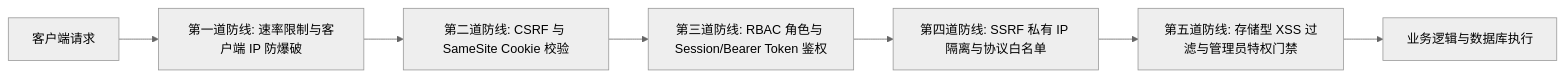
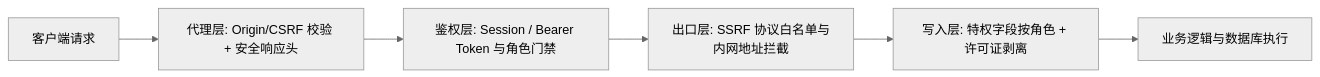
Before and after one commit to timorpic/Navelix: the diagram in wiki/Security-安全机制与运维规范.md, drawn with Mermaid (neutral theme). The commit also changed other lines of this file and 1 other file, not shown here.

````diff
--- a/wiki/Security-安全机制与运维规范.md
+++ b/wiki/Security-安全机制与运维规范.md
@@ -9,9 +9,8 @@
 ```mermaid
 graph LR
-    Req["客户端请求"] --> L1["第一道防线: 速率限制与客户端 IP 防爆破"]
-    L1 --> L2["第二道防线: CSRF 与 SameSite Cookie 校验"]
-    L2 --> L3["第三道防线: RBAC 角色与 Session/Bearer Token 鉴权"]
-    L3 --> L4["第四道防线: SSRF 私有 IP 隔离与协议白名单"]
-    L4 --> L5["第五道防线: 存储型 XSS 过滤与管理员特权门禁"]
-    L5 --> Server["业务逻辑与数据库执行"]
+    Req["客户端请求"] --> L1["代理层: Origin/CSRF 校验 + 安全响应头"]
+    L1 --> L2["鉴权层: Session / Bearer Token 与角色门禁"]
+    L2 --> L3["出口层: SSRF 协议白名单与内网地址拦截"]
+    L3 --> L4["写入层: 特权字段按角色 + 许可证剥离"]
+    L4 --> Server["业务逻辑与数据库执行"]
 ```
````
